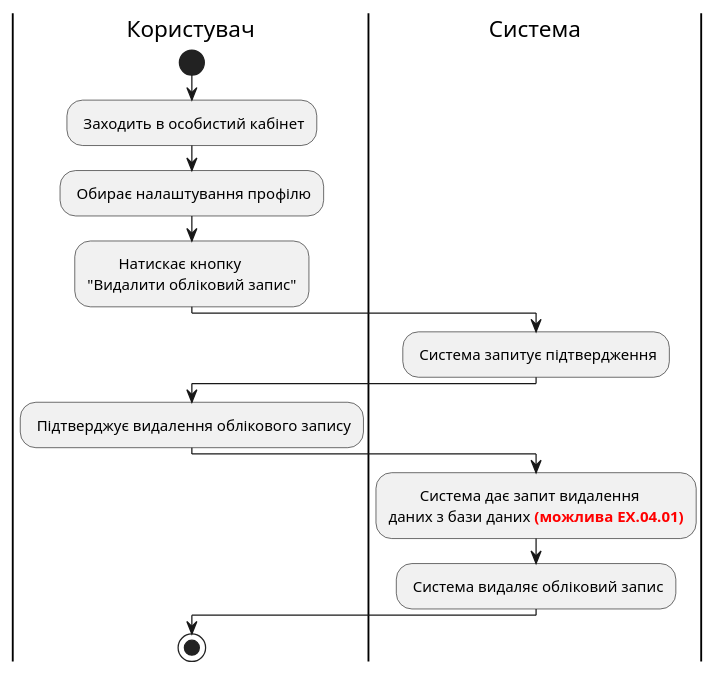
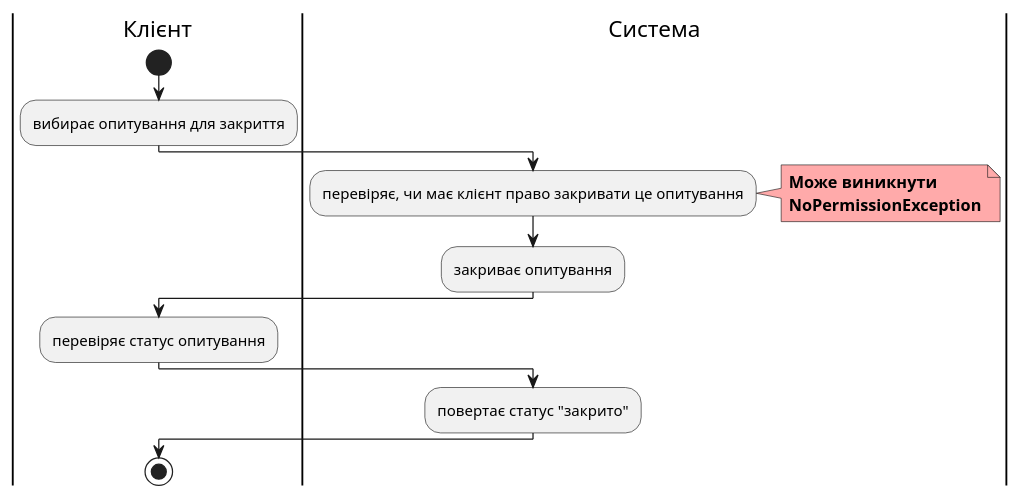
Before and after one commit to xivihwa/edu-db-cw-group1_violetta: the seventh of 15 diagrams in docs/use cases/README.md, drawn with PlantUML. The commit also changed other lines of this file, not shown here.

```diff
--- a/docs/use cases/README.md
+++ b/docs/use cases/README.md
@@ -209,22 +253,24 @@
 @startuml
 
-|Користувач|
-start;
-: Заходить в особистий кабінет;
-: Обирає налаштування профілю;
-: \tНатискає кнопку\n"Видалити обліковий запис";
+    |Клієнт|
+    start;
+    :вибирає опитування для закриття;
 
-|Система|
-: Система запитує підтвердження;
+    |Система|
+    :перевіряє, чи має клієнт право закривати це опитування;
+    note right #ffaaaa
+    <b>Може виникнути</b>
+    <b>NoPermissionException</b>
+    end note
+    :закриває опитування;
 
-|Користувач|
-: Підтверджує видалення облікового запису;
+    |Клієнт|
+    :перевіряє статус опитування;
 
-|Система|
-: \tСистема дає запит видалення\nданих з бази даних <font color="red"><b>(можлива EX.04.01);
-: Система видаляє обліковий запис;
+    |Система|
+    :повертає статус "закрито";
 
-|Користувач|
-stop;
+    |Клієнт|
+    stop;
 
 @enduml
```
